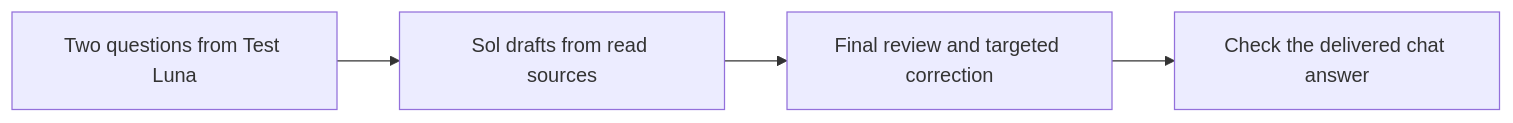
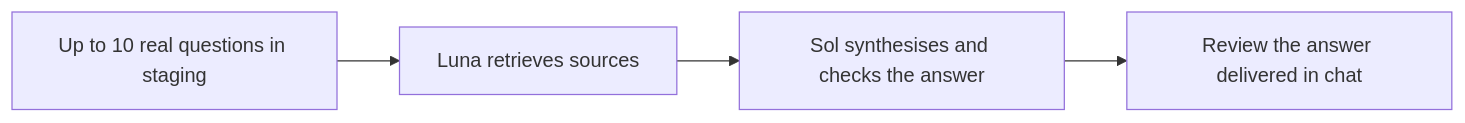
The third of 3 diagrams in docs/TESTING.md (EG2025-lab/sophia-pharmacy), drawn with Mermaid before and after one commit. The commit also changed other lines of this file and 4 other files, not shown here.

````diff
--- a/docs/TESTING.md
+++ b/docs/TESTING.md
@@ -29,6 +29,6 @@
 ```mermaid
 flowchart LR
-    sample[Two questions from Test Luna] --> draft[Sol drafts from read sources]
-    draft --> verify[Final review and targeted correction]
-    verify --> chat[Check the delivered chat answer]
+    sample[Up to 10 real questions in staging] --> sources[Luna retrieves sources]
+    sources --> draft[Sol synthesises and checks the answer]
+    draft --> chat[Review the answer delivered in chat]
 ```
````
